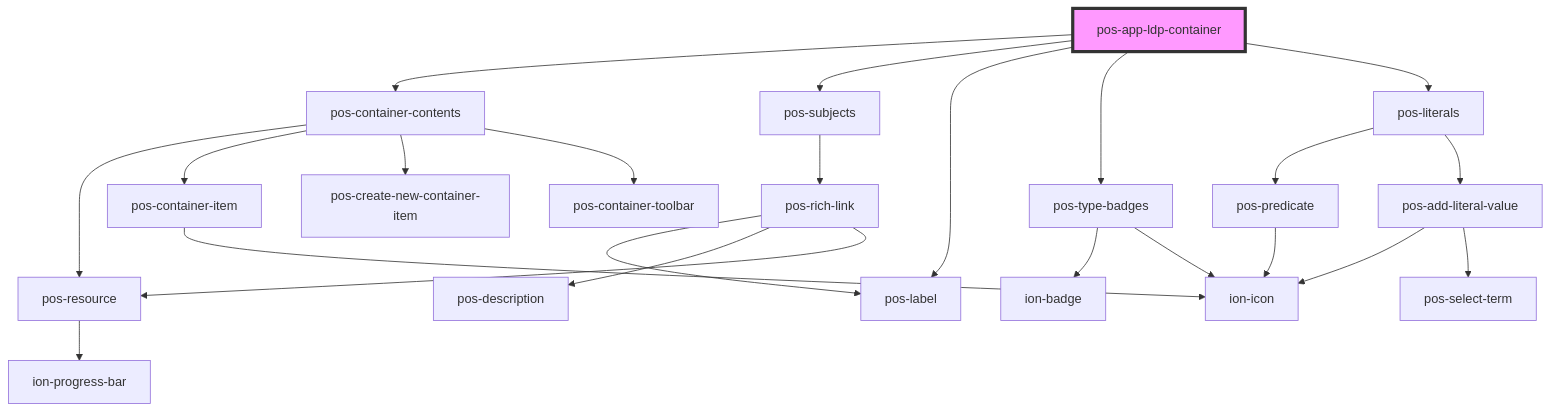
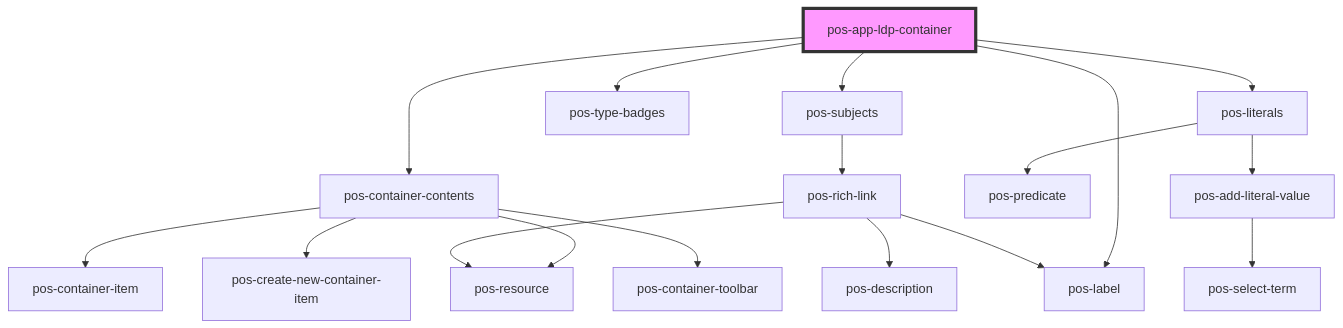
One commit to pod-os/PodOS changed the diagram in docs/elements/apps/pos-app-ldp-container/readme.md. Above: the diagram before and after it, drawn with Mermaid. The commit also changed 31 other files, not shown here.

````diff
--- a/docs/elements/apps/pos-app-ldp-container/readme.md
+++ b/docs/elements/apps/pos-app-ldp-container/readme.md
@@ -19,26 +19,20 @@
 ```mermaid
 graph TD;
   pos-app-ldp-container --> pos-container-contents
   pos-app-ldp-container --> pos-subjects
   pos-app-ldp-container --> pos-label
   pos-app-ldp-container --> pos-type-badges
   pos-app-ldp-container --> pos-literals
   pos-container-contents --> pos-resource
   pos-container-contents --> pos-container-item
   pos-container-contents --> pos-create-new-container-item
   pos-container-contents --> pos-container-toolbar
-  pos-resource --> ion-progress-bar
-  pos-container-item --> ion-icon
   pos-subjects --> pos-rich-link
   pos-rich-link --> pos-label
   pos-rich-link --> pos-description
   pos-rich-link --> pos-resource
-  pos-type-badges --> ion-badge
-  pos-type-badges --> ion-icon
   pos-literals --> pos-predicate
   pos-literals --> pos-add-literal-value
-  pos-predicate --> ion-icon
-  pos-add-literal-value --> ion-icon
   pos-add-literal-value --> pos-select-term
   style pos-app-ldp-container fill:#f9f,stroke:#333,stroke-width:4px
 ```
````
